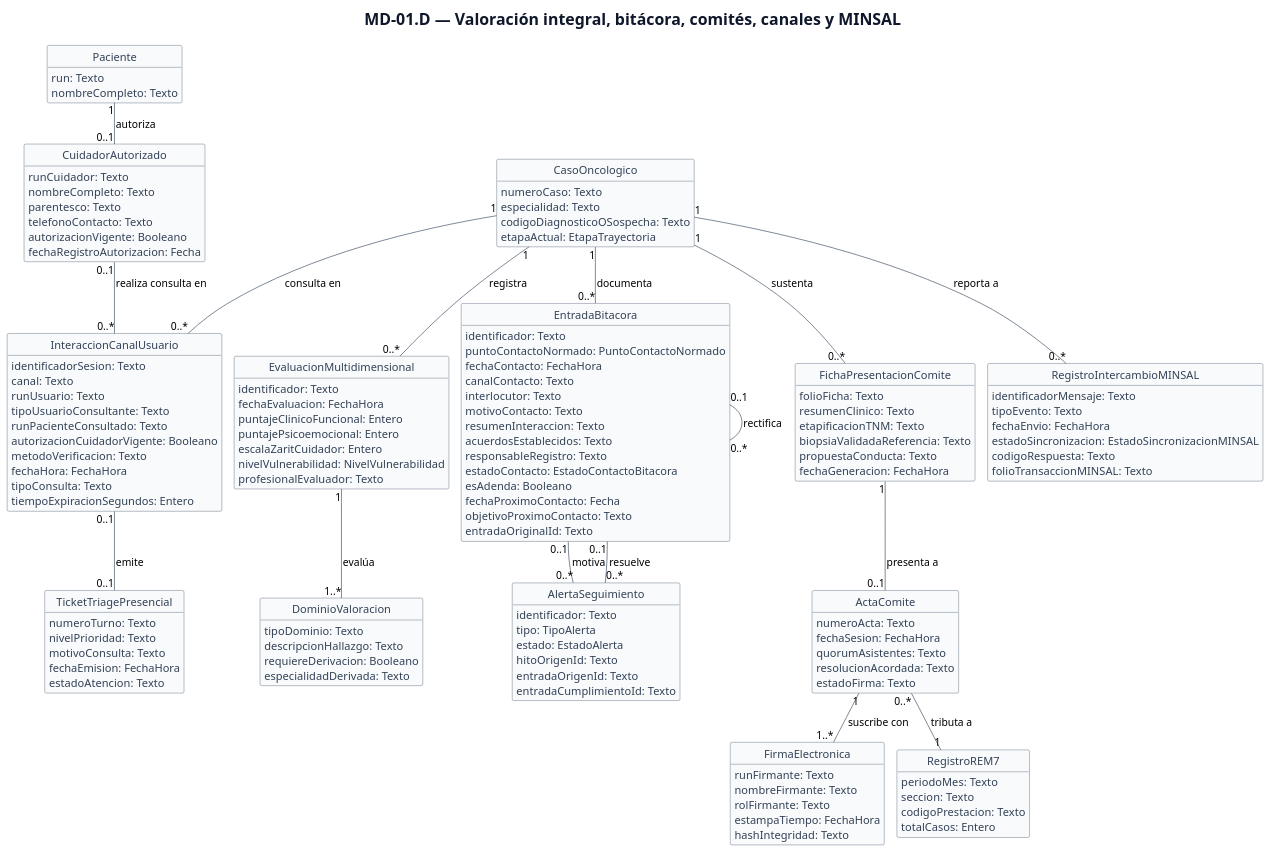
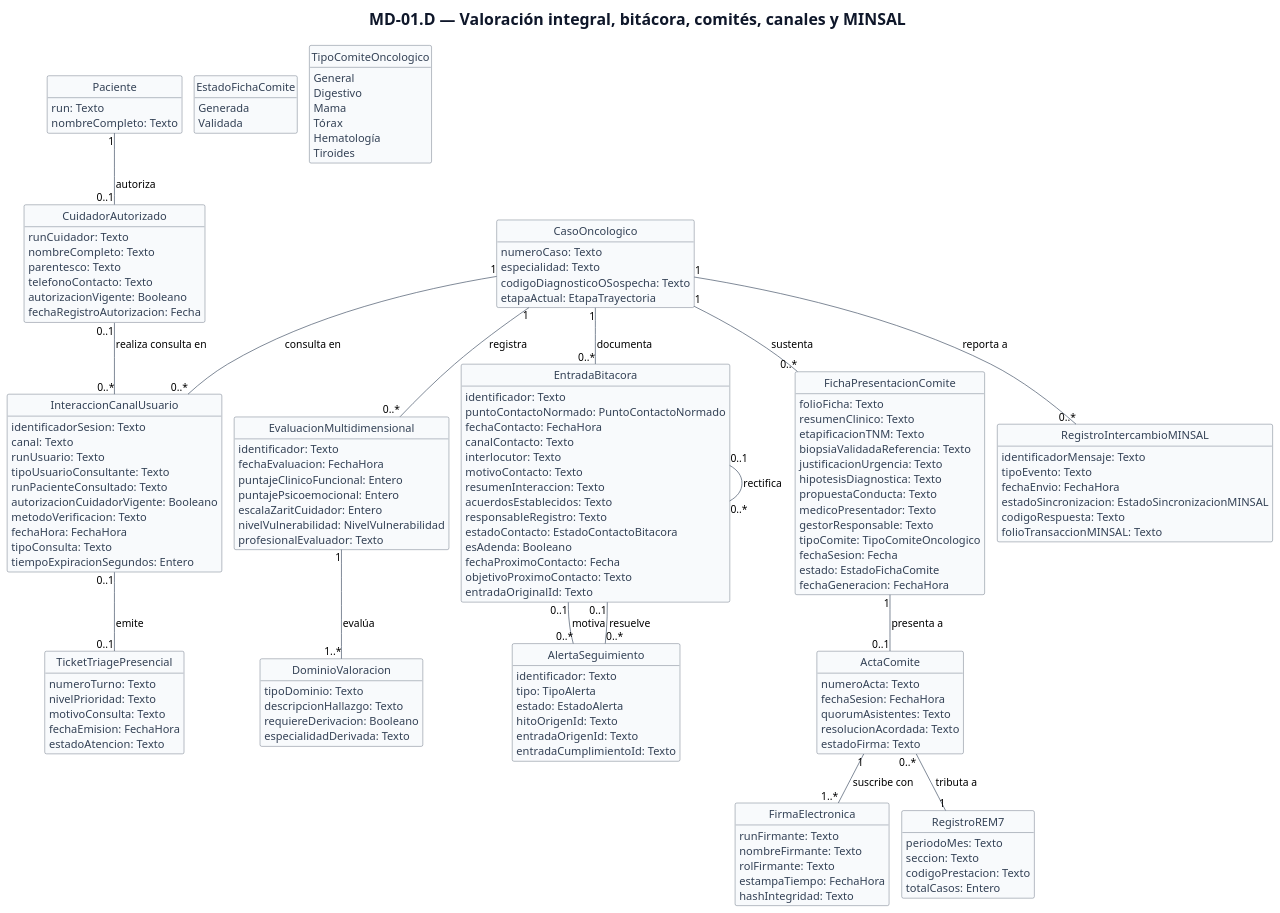
The fourth of 4 diagrams in diagramas/modelo-dominio.puml (br1fz/OncoTrace), drawn with PlantUML before and after one commit. The commit also changed 9 other files, not shown here.

```diff
--- a/diagramas/modelo-dominio.puml
+++ b/diagramas/modelo-dominio.puml
@@ -243,166 +243,187 @@
 @startuml vista-valoracion-comites-canales
 !pragma layout smetana
 hide methods
 hide circle
 skinparam backgroundColor white
 skinparam shadowing false
 skinparam classBackgroundColor #F8FAFC
 skinparam classBorderColor #334155
 skinparam classFontColor #0F172A
 skinparam classAttributeFontColor #334155
 skinparam classFontSize 19
 skinparam classAttributeFontSize 16
 skinparam ArrowColor #475569
 skinparam ArrowFontSize 15
 skinparam titleFontSize 23
 skinparam titleFontColor #0F172A
 skinparam defaultFontName SansSerif
 top to bottom direction
 
 title
 MD-01.D — Valoración integral, bitácora, comités, canales y MINSAL
 end title
 
 class Paciente {
   run: Texto
   nombreCompleto: Texto
 }
 
 class CasoOncologico {
   numeroCaso: Texto
   especialidad: Texto
   codigoDiagnosticoOSospecha: Texto
   etapaActual: EtapaTrayectoria
 }
 
 class EvaluacionMultidimensional {
   identificador: Texto
   fechaEvaluacion: FechaHora
   puntajeClinicoFuncional: Entero
   puntajePsicoemocional: Entero
   escalaZaritCuidador: Entero
   nivelVulnerabilidad: NivelVulnerabilidad
   profesionalEvaluador: Texto
 }
 
 class DominioValoracion {
   tipoDominio: Texto
   descripcionHallazgo: Texto
   requiereDerivacion: Booleano
   especialidadDerivada: Texto
 }
 
 class EntradaBitacora {
   identificador: Texto
   puntoContactoNormado: PuntoContactoNormado
   fechaContacto: FechaHora
   canalContacto: Texto
   interlocutor: Texto
   motivoContacto: Texto
   resumenInteraccion: Texto
   acuerdosEstablecidos: Texto
   responsableRegistro: Texto
   estadoContacto: EstadoContactoBitacora
   esAdenda: Booleano
   fechaProximoContacto: Fecha
   objetivoProximoContacto: Texto
   entradaOriginalId: Texto
 }
 
 class CuidadorAutorizado {
   runCuidador: Texto
   nombreCompleto: Texto
   parentesco: Texto
   telefonoContacto: Texto
   autorizacionVigente: Booleano
   fechaRegistroAutorizacion: Fecha
 }
 
 class FichaPresentacionComite {
   folioFicha: Texto
   resumenClinico: Texto
   etapificacionTNM: Texto
   biopsiaValidadaReferencia: Texto
+  justificacionUrgencia: Texto
+  hipotesisDiagnostica: Texto
   propuestaConducta: Texto
+  medicoPresentador: Texto
+  gestorResponsable: Texto
+  tipoComite: TipoComiteOncologico
+  fechaSesion: Fecha
+  estado: EstadoFichaComite
   fechaGeneracion: FechaHora
+}
+
+enum EstadoFichaComite {
+  Generada
+  Validada
+}
+
+enum TipoComiteOncologico {
+  General
+  Digestivo
+  Mama
+  Tórax
+  Hematología
+  Tiroides
 }
 
 class ActaComite {
   numeroActa: Texto
   fechaSesion: FechaHora
   quorumAsistentes: Texto
   resolucionAcordada: Texto
   estadoFirma: Texto
 }
 
 class FirmaElectronica {
   runFirmante: Texto
   nombreFirmante: Texto
   rolFirmante: Texto
   estampaTiempo: FechaHora
   hashIntegridad: Texto
 }
 
 class RegistroREM7 {
   periodoMes: Texto
   seccion: Texto
   codigoPrestacion: Texto
   totalCasos: Entero
 }
 
 class InteraccionCanalUsuario {
   identificadorSesion: Texto
   canal: Texto
   runUsuario: Texto
   tipoUsuarioConsultante: Texto
   runPacienteConsultado: Texto
   autorizacionCuidadorVigente: Booleano
   metodoVerificacion: Texto
   fechaHora: FechaHora
   tipoConsulta: Texto
   tiempoExpiracionSegundos: Entero
 }
 
 class TicketTriagePresencial {
   numeroTurno: Texto
   nivelPrioridad: Texto
   motivoConsulta: Texto
   fechaEmision: FechaHora
   estadoAtencion: Texto
 }
 
 class RegistroIntercambioMINSAL {
   identificadorMensaje: Texto
   tipoEvento: Texto
   fechaEnvio: FechaHora
   estadoSincronizacion: EstadoSincronizacionMINSAL
   codigoRespuesta: Texto
   folioTransaccionMINSAL: Texto
 }
 
 class AlertaSeguimiento {
   identificador: Texto
   tipo: TipoAlerta
   estado: EstadoAlerta
   hitoOrigenId: Texto
   entradaOrigenId: Texto
   entradaCumplimientoId: Texto
 }
 
 CasoOncologico "1" -- "0..*" EvaluacionMultidimensional : registra
 EvaluacionMultidimensional "1" -- "1..*" DominioValoracion : evalúa
 CasoOncologico "1" -- "0..*" EntradaBitacora : documenta
 EntradaBitacora "0..1" -- "0..*" EntradaBitacora : rectifica
 EntradaBitacora "0..1" -- "0..*" AlertaSeguimiento : motiva
 EntradaBitacora "0..1" -- "0..*" AlertaSeguimiento : resuelve
 CasoOncologico "1" -- "0..*" FichaPresentacionComite : sustenta
 FichaPresentacionComite "1" -- "0..1" ActaComite : presenta a
 ActaComite "1" -- "1..*" FirmaElectronica : suscribe con
 ActaComite "0..*" -- "1" RegistroREM7 : tributa a
 Paciente "1" -- "0..1" CuidadorAutorizado : autoriza
 CuidadorAutorizado "0..1" -- "0..*" InteraccionCanalUsuario : realiza consulta en
 CasoOncologico "1" -- "0..*" InteraccionCanalUsuario : consulta en
 InteraccionCanalUsuario "0..1" -- "0..1" TicketTriagePresencial : emite
 CasoOncologico "1" -- "0..*" RegistroIntercambioMINSAL : reporta a
 
 @enduml
```
